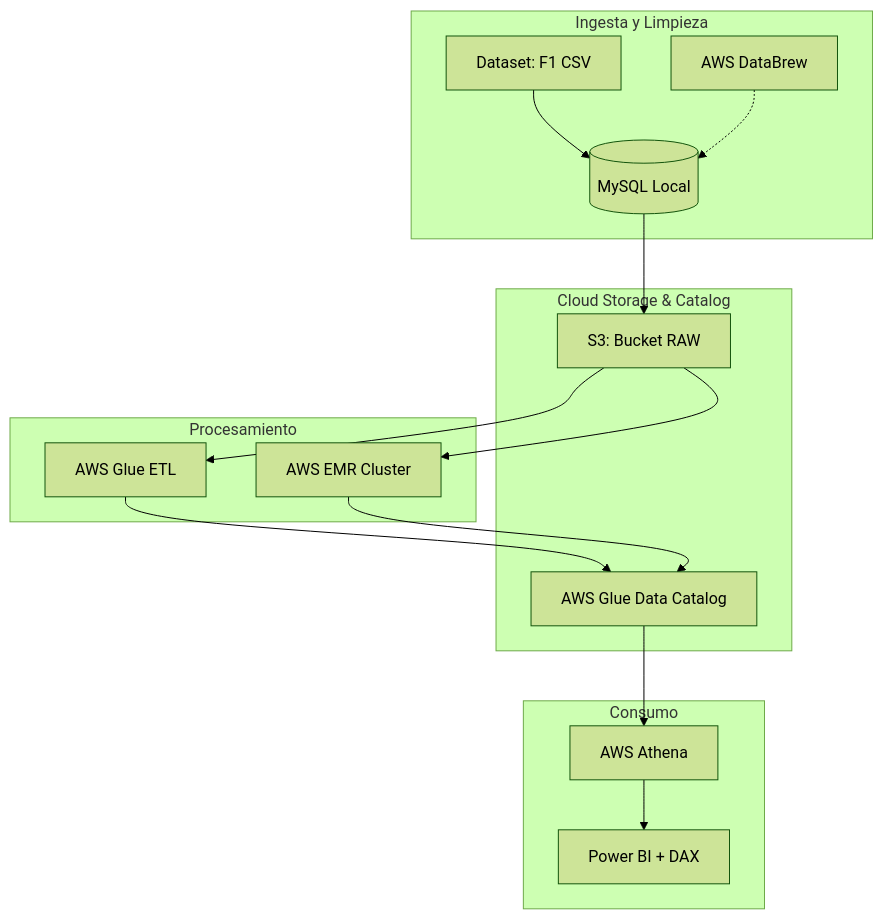
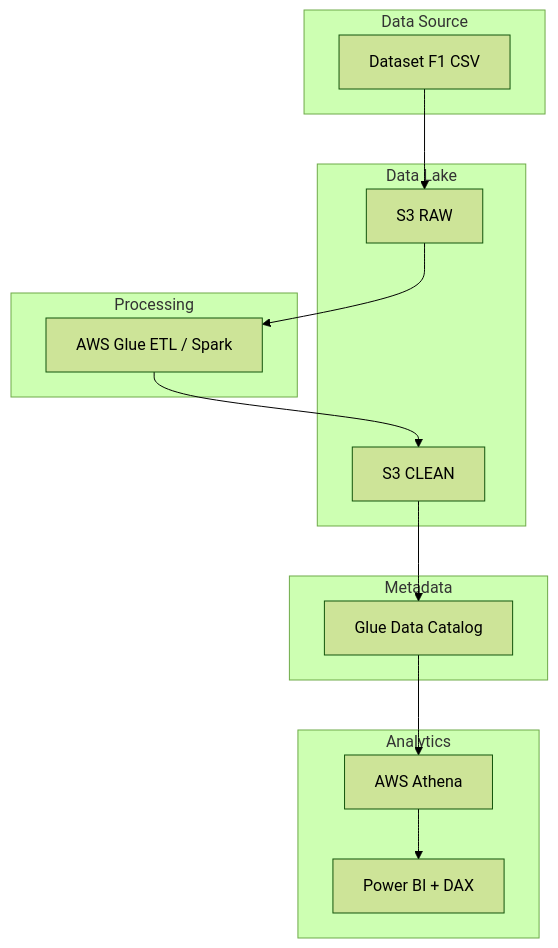
Before and after one commit to alvaront99/aws-pyspark-f1-analytics: the diagram in README.md, drawn with Mermaid (forest theme).

Commit message:
Revise data flow diagram in README
Updated the data flow diagram to reflect changes in data sources, processing, and consumption components.

````diff
--- a/README.md
+++ b/README.md
@@ -12,32 +12,32 @@
 ```mermaid
 graph TD
-    subgraph "Ingesta y Limpieza"
-        Kaggle[Dataset: F1 CSV]
-        MySQL[(MySQL Local)]
-        Brew[AWS DataBrew]
+
+    subgraph "Data Source"
+        Kaggle[Dataset F1 CSV]
     end
 
-    subgraph "Cloud Storage & Catalog"
-        S3_Raw[S3: Bucket RAW]
-        GlueCat[AWS Glue Data Catalog]
+    subgraph "Data Lake"
+        RAW[S3 RAW]
+        CLEAN[S3 CLEAN]
     end
 
-    subgraph "Procesamiento"
-        EMR[AWS EMR Cluster]
-        Glue[AWS Glue ETL]
+    subgraph "Processing"
+        Glue[AWS Glue ETL / Spark]
     end
 
-    subgraph "Consumo"
+    subgraph "Metadata"
+        Catalog[Glue Data Catalog]
+    end
+
+    subgraph "Analytics"
         Athena[AWS Athena]
         PBI[Power BI + DAX]
     end
 
-    Kaggle --> MySQL
-    MySQL --> S3_Raw
-    Brew -.-> MySQL
-    S3_Raw --> EMR
-    S3_Raw --> Glue
-    Glue & EMR --> GlueCat
-    GlueCat --> Athena
+    Kaggle --> RAW
+    RAW --> Glue
+    Glue --> CLEAN
+    CLEAN --> Catalog
+    Catalog --> Athena
     Athena --> PBI
 ```
````
